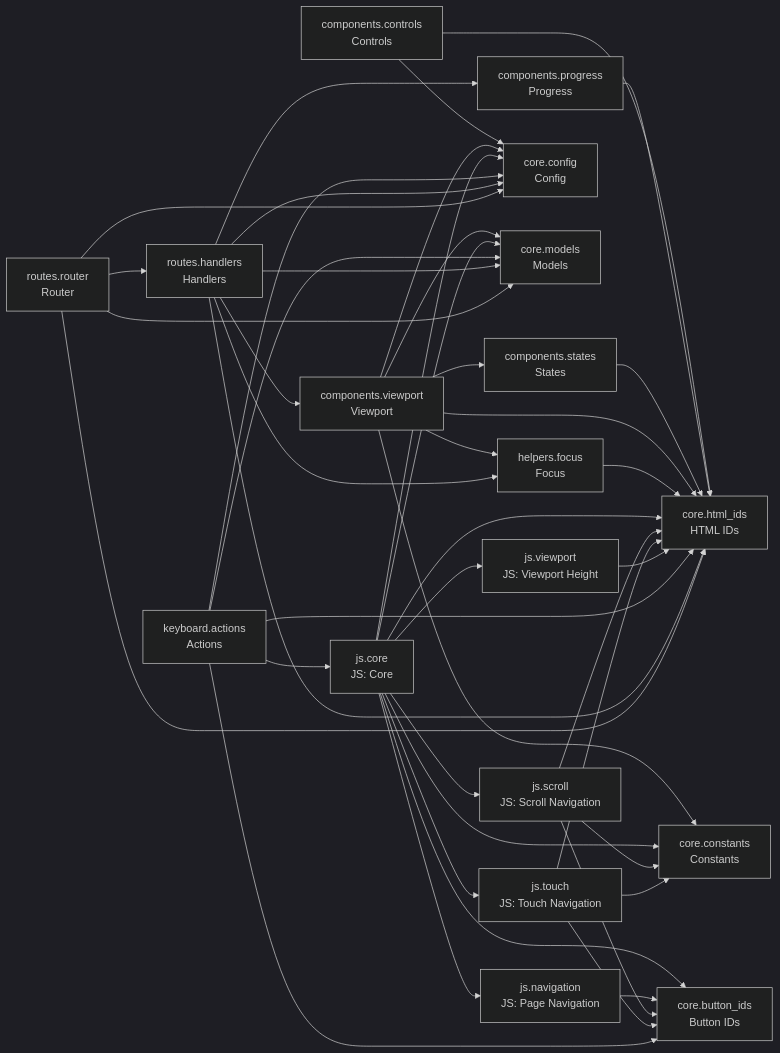
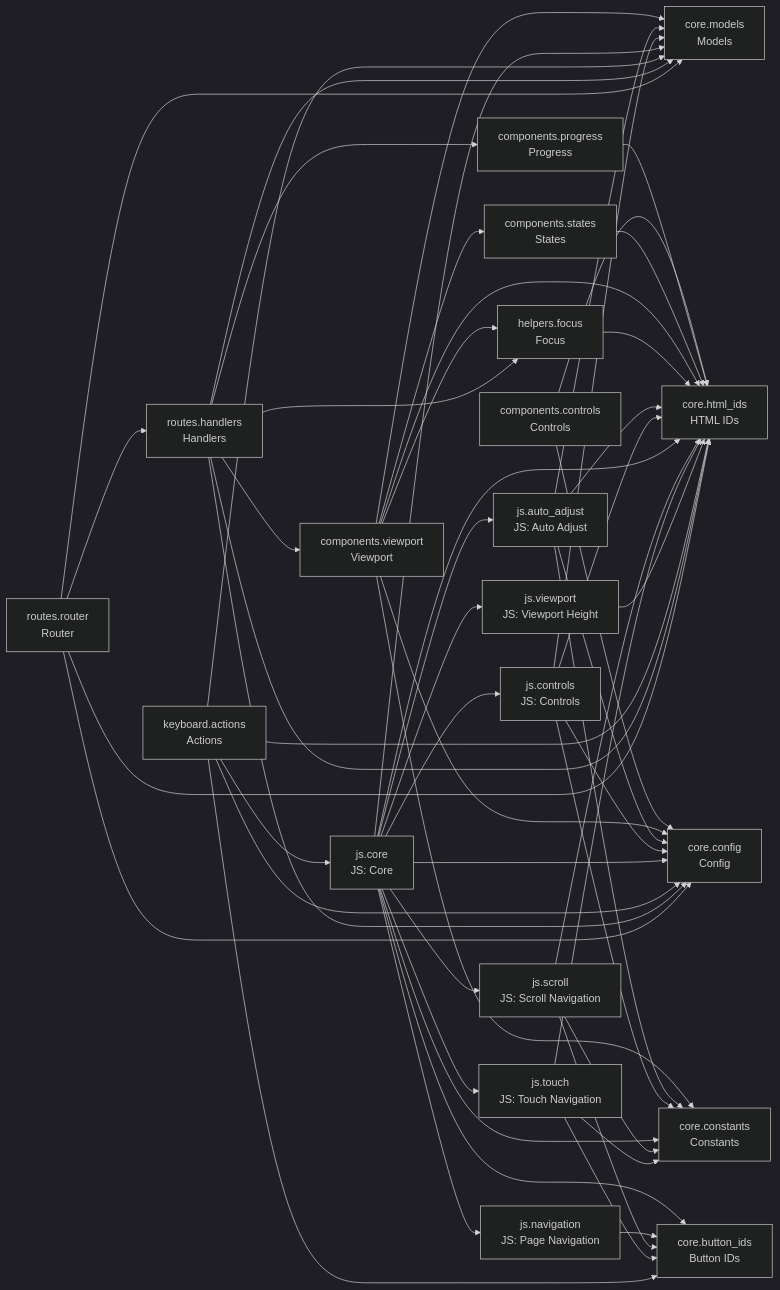
One commit to cj-mills/cjm-fasthtml-card-stack changed the diagram in README.md. Above: the diagram before and after it, drawn with Mermaid (dark theme). The commit also changed other lines of this file and 8 other files, not shown here.

Commit message:
Refactor js/core.ipynb by extracting width/scale/count management into js/controls.ipynb and auto-adjust logic into js/auto_adjust.ipynb.

````diff
--- a/README.md
+++ b/README.md
@@ -44,65 +46,77 @@
 ``` mermaid
 graph LR
     components_controls[components.controls<br/>Controls]
     components_progress[components.progress<br/>Progress]
     components_states[components.states<br/>States]
     components_viewport[components.viewport<br/>Viewport]
     core_button_ids[core.button_ids<br/>Button IDs]
     core_config[core.config<br/>Config]
     core_constants[core.constants<br/>Constants]
     core_html_ids[core.html_ids<br/>HTML IDs]
     core_models[core.models<br/>Models]
     helpers_focus[helpers.focus<br/>Focus]
+    js_auto_adjust[js.auto_adjust<br/>JS: Auto Adjust]
+    js_controls[js.controls<br/>JS: Controls]
     js_core[js.core<br/>JS: Core]
     js_navigation[js.navigation<br/>JS: Page Navigation]
     js_scroll[js.scroll<br/>JS: Scroll Navigation]
     js_touch[js.touch<br/>JS: Touch Navigation]
     js_viewport[js.viewport<br/>JS: Viewport Height]
     keyboard_actions[keyboard.actions<br/>Actions]
     routes_handlers[routes.handlers<br/>Handlers]
     routes_router[routes.router<br/>Router]
 
     components_controls --> core_html_ids
     components_controls --> core_config
     components_progress --> core_html_ids
     components_states --> core_html_ids
     components_viewport --> core_models
     components_viewport --> core_html_ids
-    components_viewport --> components_states
     components_viewport --> core_constants
     components_viewport --> core_config
     components_viewport --> helpers_focus
+    components_viewport --> components_states
     helpers_focus --> core_html_ids
-    js_core --> core_button_ids
+    js_auto_adjust --> core_models
+    js_auto_adjust --> core_html_ids
+    js_auto_adjust --> core_constants
+    js_auto_adjust --> core_config
+    js_controls --> core_constants
+    js_controls --> core_models
+    js_controls --> core_html_ids
+    js_controls --> core_config
+    js_core --> js_scroll
     js_core --> core_models
+    js_core --> core_html_ids
     js_core --> core_constants
-    js_core --> js_scroll
-    js_core --> js_navigation
-    js_core --> core_html_ids
-    js_core --> js_viewport
     js_core --> core_config
     js_core --> js_touch
+    js_core --> js_navigation
+    js_core --> js_controls
+    js_core --> core_button_ids
+    js_core --> js_viewport
+    js_core --> js_auto_adjust
     js_navigation --> core_button_ids
     js_scroll --> core_constants
+    js_scroll --> core_html_ids
     js_scroll --> core_button_ids
-    js_scroll --> core_html_ids
+    js_touch --> core_constants
+    js_touch --> core_html_ids
     js_touch --> core_button_ids
-    js_touch --> core_html_ids
-    js_touch --> core_constants
     js_viewport --> core_html_ids
-    keyboard_actions --> core_button_ids
-    keyboard_actions --> js_core
+    keyboard_actions --> core_models
     keyboard_actions --> core_html_ids
     keyboard_actions --> core_config
-    keyboard_actions --> core_models
-    routes_handlers --> components_progress
+    keyboard_actions --> js_core
+    keyboard_actions --> core_button_ids
     routes_handlers --> core_models
-    routes_handlers --> components_viewport
     routes_handlers --> core_html_ids
     routes_handlers --> core_config
+    routes_handlers --> components_viewport
     routes_handlers --> helpers_focus
-    routes_router --> routes_handlers
+    routes_handlers --> components_progress
     routes_router --> core_models
     routes_router --> core_html_ids
     routes_router --> core_config
+    routes_router --> routes_handlers
 ```
````
